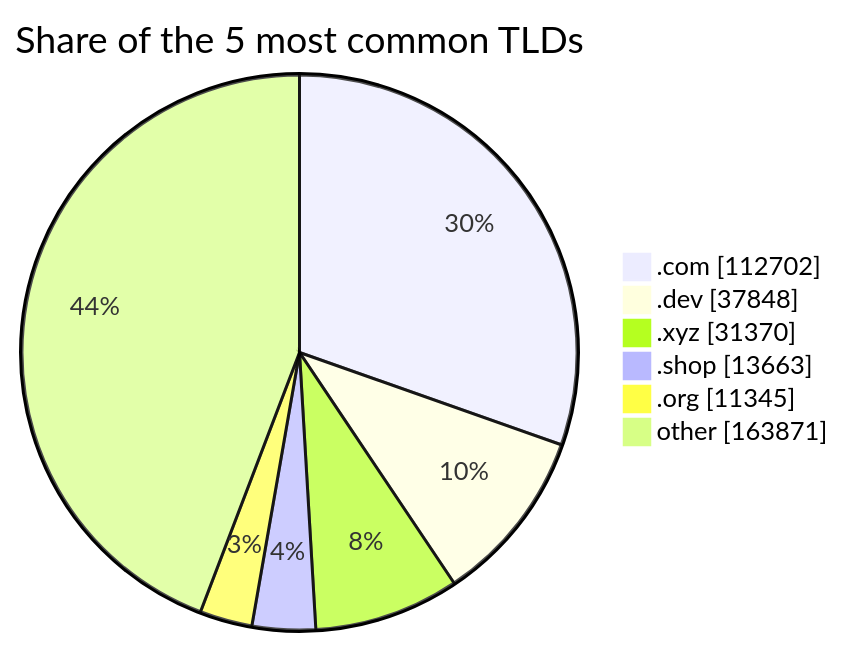
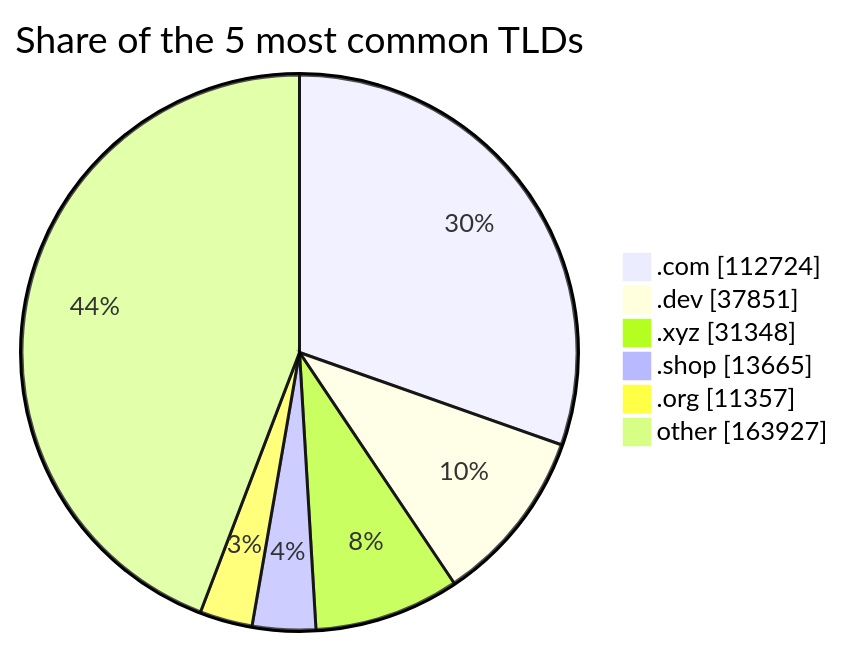
Before and after one commit to DNSBunker/CTI: the third of 3 diagrams in README.md, drawn with Mermaid. The commit also changed other lines of this file and 3 other files, not shown here.

````diff
--- a/README.md
+++ b/README.md
@@ -81,9 +81,9 @@
 ```mermaid
 pie showData title Share of the 5 most common TLDs
-    ".com" : 112702
-    ".dev" : 37848
-    ".xyz" : 31370
-    ".shop" : 13663
-    ".org" : 11345
-    "other" : 163871
+    ".com" : 112724
+    ".dev" : 37851
+    ".xyz" : 31348
+    ".shop" : 13665
+    ".org" : 11357
+    "other" : 163927
 ```
````
